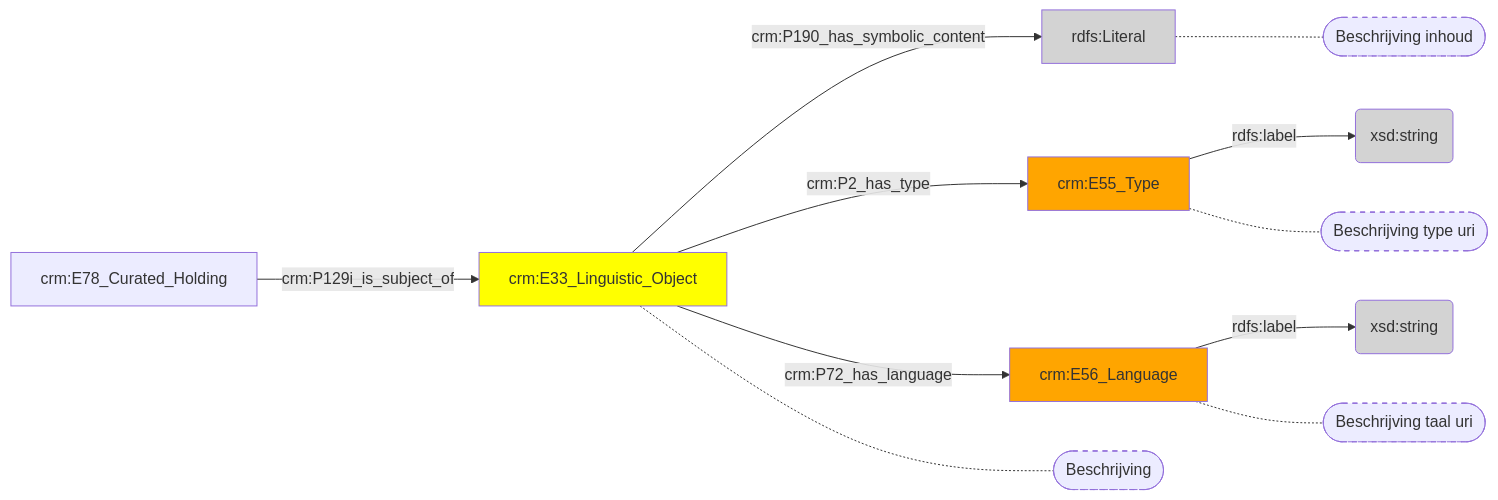
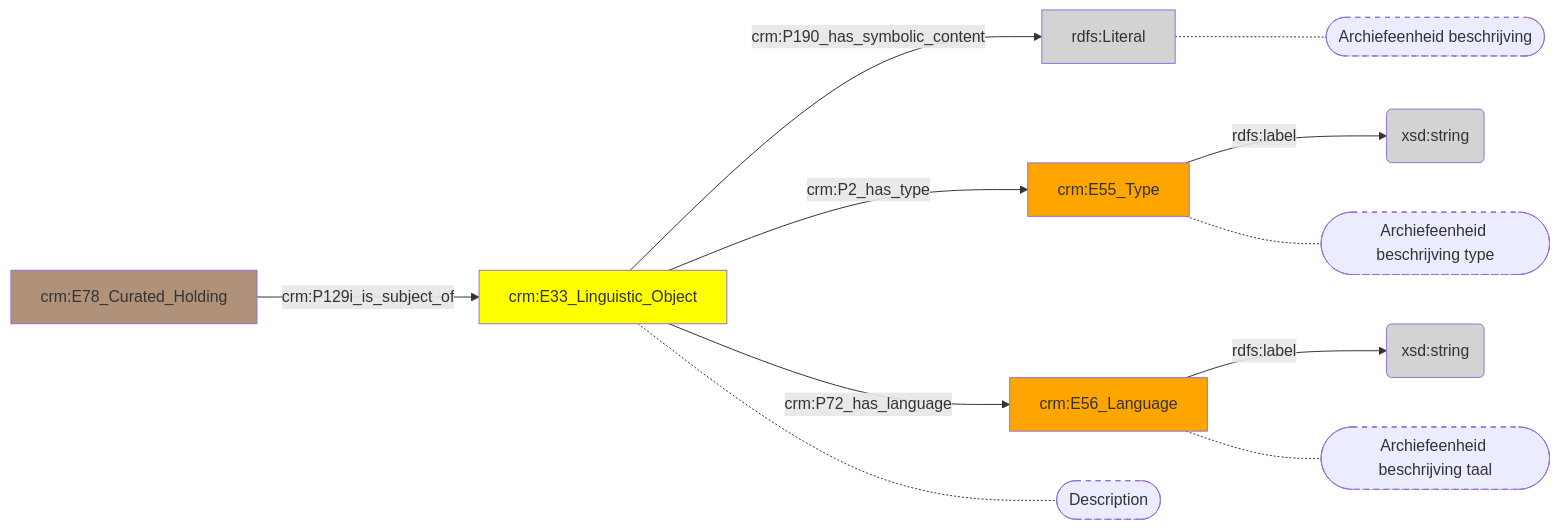
Before and after one commit to digipolisantwerpdocumentation/antwerp-cultureel-erfgoed: the diagram in docs/content/modellen/ArchivalUnit/Inhoud.md, drawn with Mermaid. The commit also changed 173 other files, not shown here.

````diff
--- a/docs/content/modellen/ArchivalUnit/Inhoud.md
+++ b/docs/content/modellen/ArchivalUnit/Inhoud.md
@@ -1,23 +1,24 @@
 ```mermaid
 graph LR
 3b2198de-04fb-11ee-9497-96a6d2455259["crm:E33_Linguistic_Object"]-->|"crm:P190_has_symbolic_content"|3b21a7d4-04fb-11ee-9497-96a6d2455259(rdfs:Literal)
 3b21a82e-04fb-11ee-9497-96a6d2455259["crm:E55_Type"]-->|"rdfs:label"|3b21a784-04fb-11ee-9497-96a6d2455259(xsd:string)
 3b21a87e-04fb-11ee-9497-96a6d2455259["crm:E56_Language"]-->|"rdfs:label"|3b21a8ce-04fb-11ee-9497-96a6d2455259(xsd:string)
 3b2198de-04fb-11ee-9497-96a6d2455259["crm:E33_Linguistic_Object"]-->|"crm:P2_has_type"|3b21a82e-04fb-11ee-9497-96a6d2455259["crm:E55_Type"]
 3b2198de-04fb-11ee-9497-96a6d2455259["crm:E33_Linguistic_Object"]-->|"crm:P72_has_language"|3b21a87e-04fb-11ee-9497-96a6d2455259["crm:E56_Language"]
 3b21a73e-04fb-11ee-9497-96a6d2455259["crm:E78_Curated_Holding"]-->|"crm:P129i_is_subject_of"|3b2198de-04fb-11ee-9497-96a6d2455259["crm:E33_Linguistic_Object"]
+3b21a7d4-04fb-11ee-9497-96a6d2455259["rdfs:Literal"]-.-3b21a7d4-04fb-11ee-9497-96a6d2455259_s(["Archiefeenheid beschrijving"])
+3b21a82e-04fb-11ee-9497-96a6d2455259["crm:E55_Type"]-.-3b21a82e-04fb-11ee-9497-96a6d2455259_s(["Archiefeenheid beschrijving type"])
+3b21a87e-04fb-11ee-9497-96a6d2455259["crm:E56_Language"]-.-3b21a87e-04fb-11ee-9497-96a6d2455259_s(["Archiefeenheid beschrijving taal"])
+3b2198de-04fb-11ee-9497-96a6d2455259["crm:E33_Linguistic_Object"]-.-3b2198de-04fb-11ee-9497-96a6d2455259_s(["Description"])
 style 3b21a7d4-04fb-11ee-9497-96a6d2455259_s stroke-dasharray: 5
 style 3b21a82e-04fb-11ee-9497-96a6d2455259_s stroke-dasharray: 5
 style 3b21a87e-04fb-11ee-9497-96a6d2455259_s stroke-dasharray: 5
 style 3b2198de-04fb-11ee-9497-96a6d2455259_s stroke-dasharray: 5
-3b21a7d4-04fb-11ee-9497-96a6d2455259["rdfs:Literal"]-.-3b21a7d4-04fb-11ee-9497-96a6d2455259_s(["Beschrijving inhoud"])
-3b21a82e-04fb-11ee-9497-96a6d2455259["crm:E55_Type"]-.-3b21a82e-04fb-11ee-9497-96a6d2455259_s(["Beschrijving type uri"])
-3b21a87e-04fb-11ee-9497-96a6d2455259["crm:E56_Language"]-.-3b21a87e-04fb-11ee-9497-96a6d2455259_s(["Beschrijving taal uri"])
-3b2198de-04fb-11ee-9497-96a6d2455259["crm:E33_Linguistic_Object"]-.-3b2198de-04fb-11ee-9497-96a6d2455259_s(["Beschrijving"])
 style 3b2198de-04fb-11ee-9497-96a6d2455259 fill:#ffff00
+style 3b21a73e-04fb-11ee-9497-96a6d2455259 fill:#B0927A
 style 3b21a784-04fb-11ee-9497-96a6d2455259 fill:#D3D3D3
 style 3b21a7d4-04fb-11ee-9497-96a6d2455259 fill:#D3D3D3
 style 3b21a82e-04fb-11ee-9497-96a6d2455259 fill:#ffa500
 style 3b21a87e-04fb-11ee-9497-96a6d2455259 fill:#ffa500
 style 3b21a8ce-04fb-11ee-9497-96a6d2455259 fill:#D3D3D3
 ```
````
